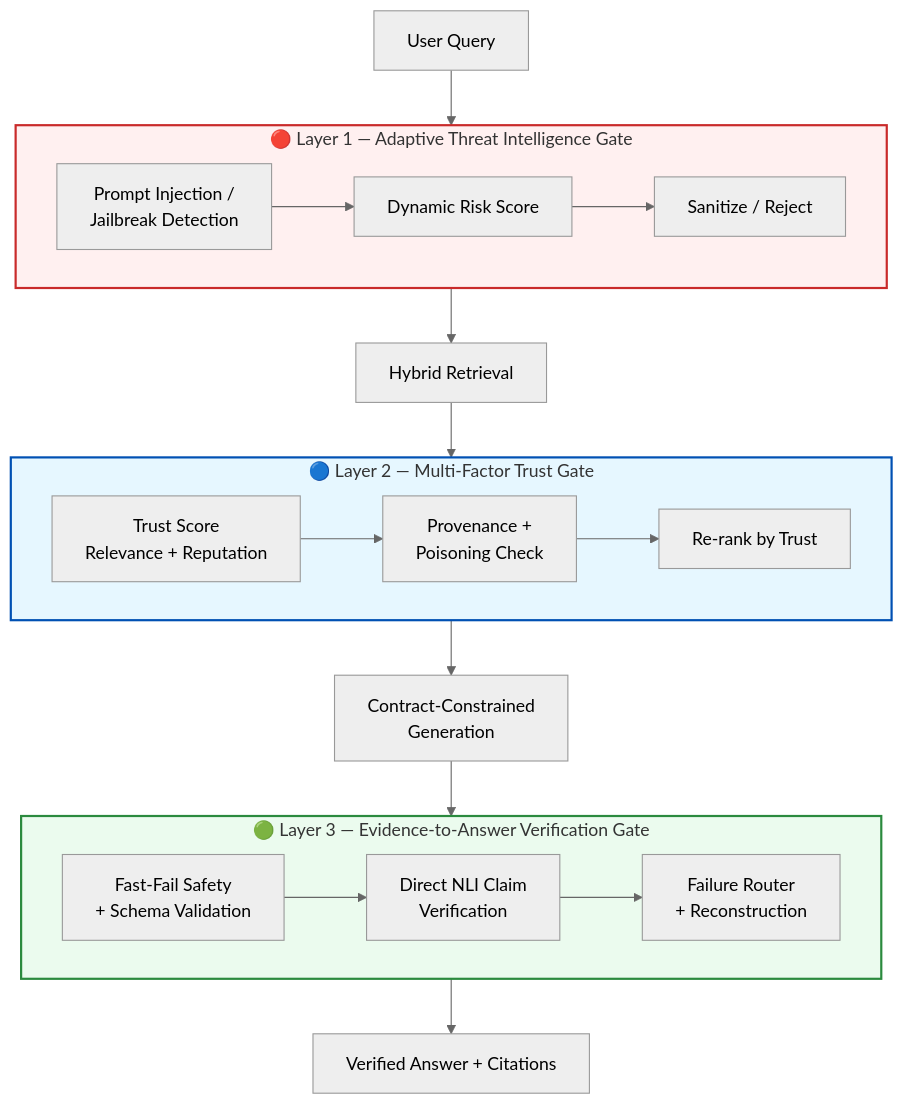
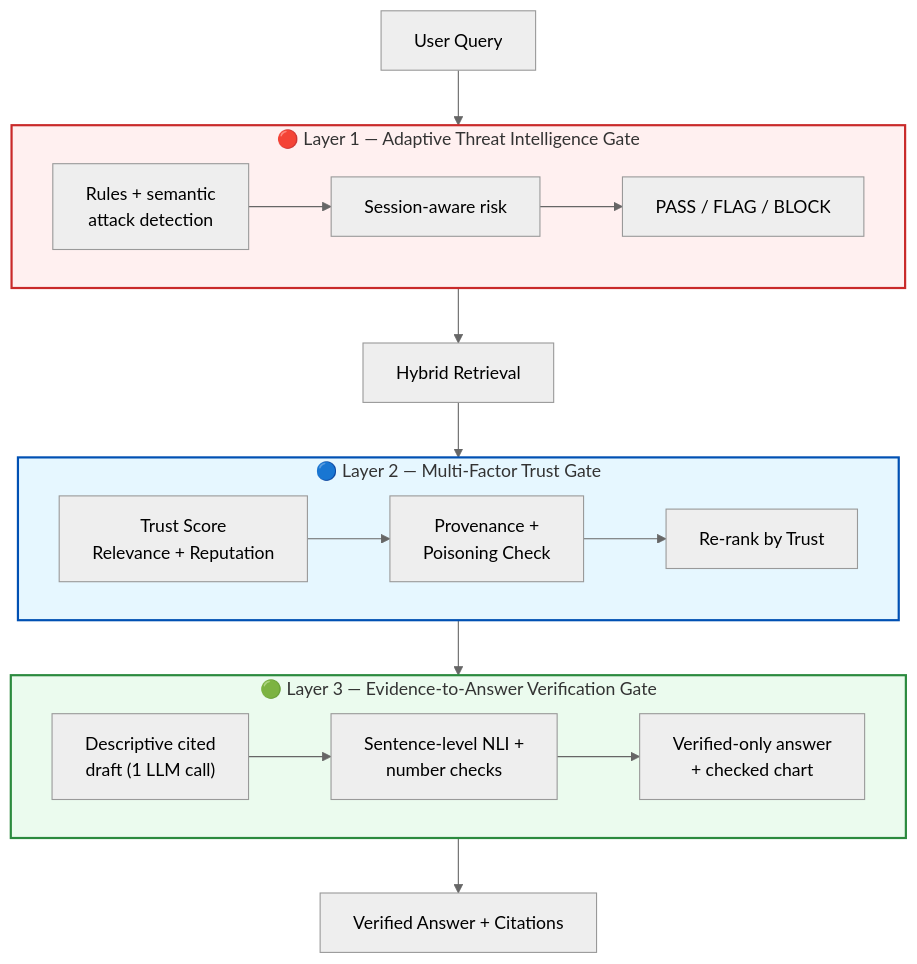
Before and after one commit to SakthiQ/ATTS-RAG: the second of 2 diagrams in README.md, drawn with Mermaid (neutral theme). The commit also changed other lines of this file and 5 other files, not shown here.

````diff
--- a/README.md
+++ b/README.md
@@ -113,28 +108,27 @@
 ```mermaid
 flowchart TD
     UQ["User Query"] --> L1
 
     subgraph L1["🔴 Layer 1 — Adaptive Threat Intelligence Gate"]
-        L1a["Prompt Injection /<br/>Jailbreak Detection"] --> L1b["Dynamic Risk Score"] --> L1c["Sanitize / Reject"]
+        L1a["Rules + semantic<br/>attack detection"] --> L1b["Session-aware risk"] --> L1c["PASS / FLAG / BLOCK"]
     end
 
     L1 --> Retrieval["Hybrid Retrieval"]
     Retrieval --> L2
 
     subgraph L2["🔵 Layer 2 — Multi-Factor Trust Gate"]
         L2a["Trust Score<br/>Relevance + Reputation"] --> L2b["Provenance +<br/>Poisoning Check"] --> L2c["Re-rank by Trust"]
     end
 
-    L2 --> Gen["Contract-Constrained<br/>Generation"]
-    Gen --> L3
+    L2 --> L3
 
     subgraph L3["🟢 Layer 3 — Evidence-to-Answer Verification Gate"]
-        L3a["Fast-Fail Safety<br/>+ Schema Validation"] --> L3b["Direct NLI Claim<br/>Verification"] --> L3c["Failure Router<br/>+ Reconstruction"]
+        L3a["Descriptive cited<br/>draft (1 LLM call)"] --> L3b["Sentence-level NLI +<br/>number checks"] --> L3c["Verified-only answer<br/>+ checked chart"]
     end
 
     L3 --> Final["Verified Answer + Citations"]
 
     style L1 fill:#fff0f0,stroke:#c92a2a,stroke-width:2px
     style L2 fill:#e6f7ff,stroke:#0050b3,stroke-width:2px
     style L3 fill:#ebfbee,stroke:#2b8a3e,stroke-width:2px
 ```
````
